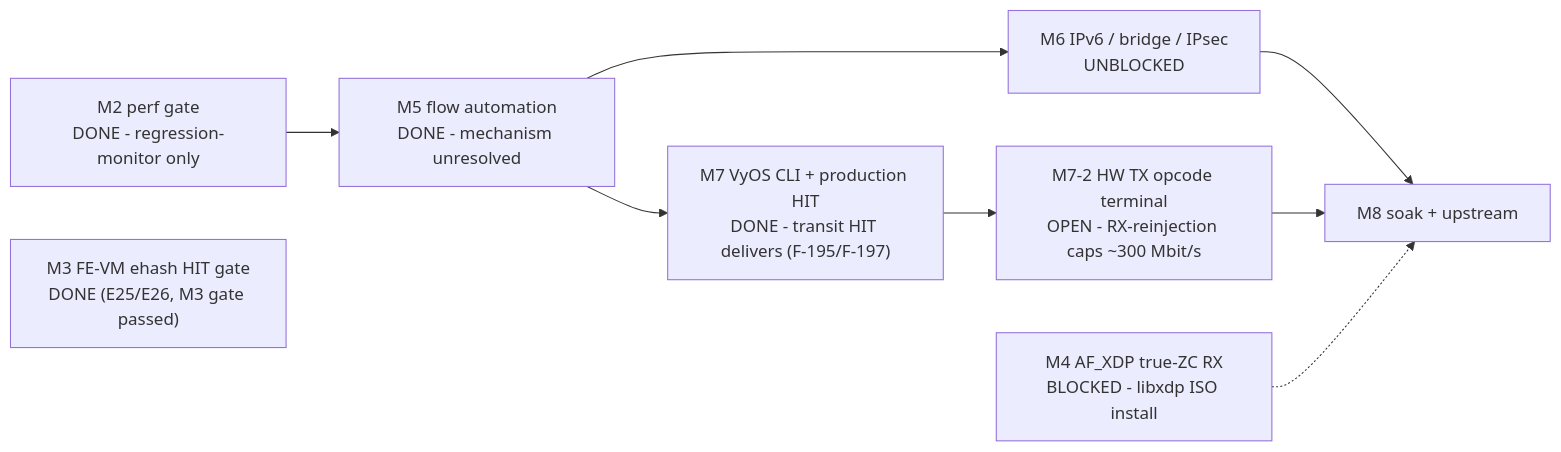
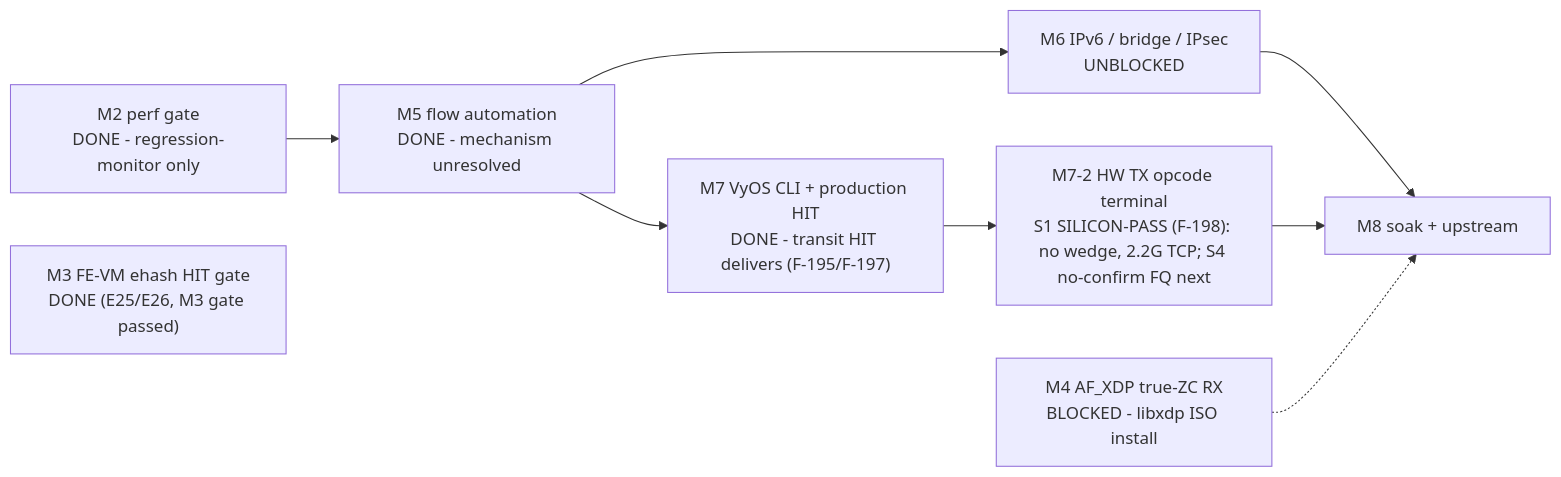
Before and after one commit to Daegara/vyos-ls1046a-build: the diagram in plans/ASK2-MASTER-PLAN.md, drawn with Mermaid. The commit also changed other lines of this file and 4 other files, not shown here.

````diff
--- a/plans/ASK2-MASTER-PLAN.md
+++ b/plans/ASK2-MASTER-PLAN.md
@@ -254,11 +256,11 @@
 ```mermaid
 graph LR
     M2["M2 perf gate<br/>DONE - regression-monitor only"] --> M5["M5 flow automation<br/>DONE - mechanism unresolved"]
     M3["M3 FE-VM ehash HIT gate<br/>DONE (E25/E26, M3 gate passed)"]
     M5 --> M6["M6 IPv6 / bridge / IPsec<br/>UNBLOCKED"]
     M5 --> M7a["M7 VyOS CLI + production HIT<br/>DONE - transit HIT delivers (F-195/F-197)"]
-    M7a --> M7b["M7-2 HW TX opcode terminal<br/>OPEN - RX-reinjection caps ~300 Mbit/s"]
+    M7a --> M7b["M7-2 HW TX opcode terminal<br/>S1 SILICON-PASS (F-198): no wedge, 2.2G TCP; S4 no-confirm FQ next"]
     M6 --> M8["M8 soak + upstream"]
     M7b --> M8
     M4["M4 AF_XDP true-ZC RX<br/>BLOCKED - libxdp ISO install"] -.-> M8
 ```
````
